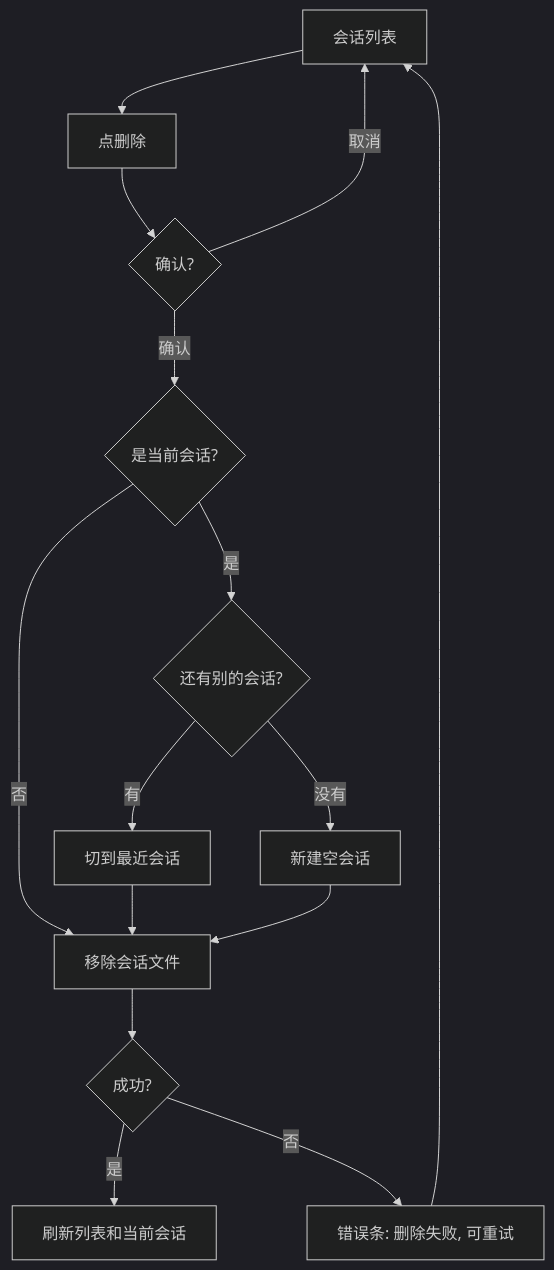
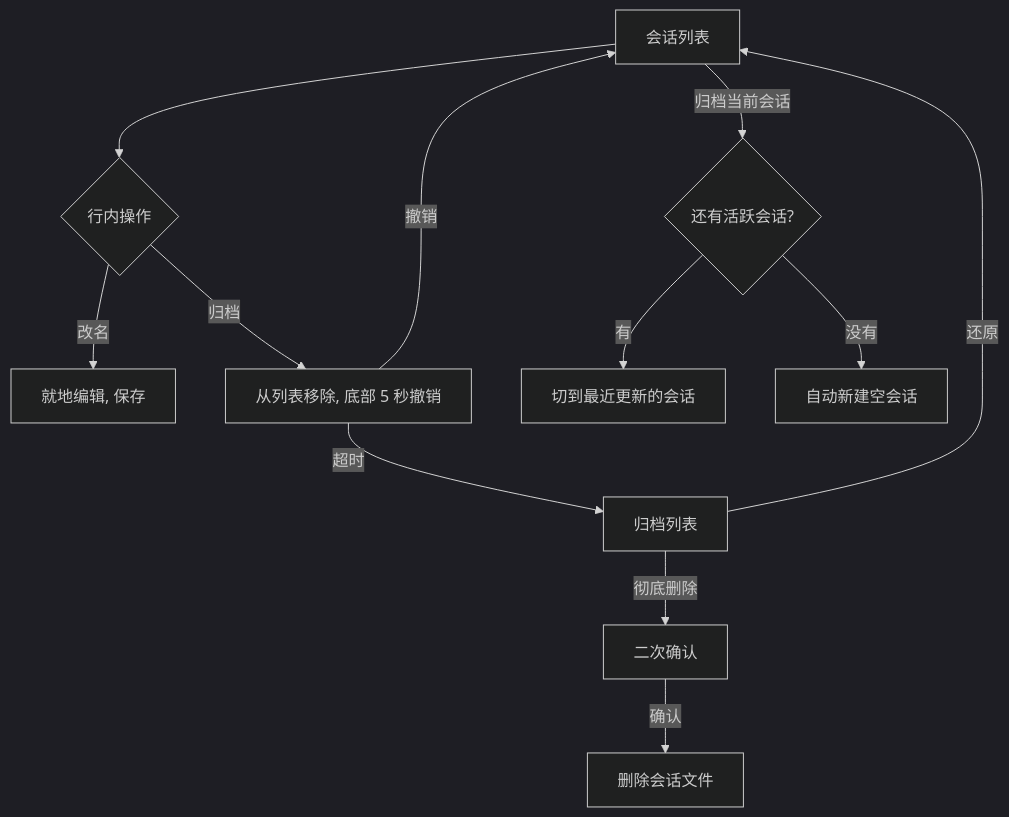
Before and after one commit to fa3eng/jelly: the diagram in docs/changes/JELLY-5-session-delete-and-ui/intent.md, drawn with Mermaid (dark theme). The commit also changed other lines of this file, not shown here.

````diff
--- a/docs/changes/JELLY-5-session-delete-and-ui/intent.md
+++ b/docs/changes/JELLY-5-session-delete-and-ui/intent.md
@@ -72,15 +109,14 @@
 ```mermaid
 flowchart TD
-  A[会话列表] --> B[点删除]
-  B --> C{确认?}
-  C -->|取消| A
-  C -->|确认| D{是当前会话?}
-  D -->|否| E[移除会话文件]
-  D -->|是| F{还有别的会话?}
-  F -->|有| G[切到最近会话] --> E
-  F -->|没有| H[新建空会话] --> E
-  E --> I{成功?}
-  I -->|是| J[刷新列表和当前会话]
-  I -->|否| K[错误条: 删除失败, 可重试]
-  K --> A
+  A[会话列表] --> B{行内操作}
+  B -->|改名| C[就地编辑, 保存]
+  B -->|归档| D[从列表移除, 底部 5 秒撤销]
+  D -->|撤销| A
+  D -->|超时| E[归档列表]
+  E -->|还原| A
+  E -->|彻底删除| F[二次确认]
+  F -->|确认| G[删除会话文件]
+  A -->|归档当前会话| H{还有活跃会话?}
+  H -->|有| I[切到最近更新的会话]
+  H -->|没有| J[自动新建空会话]
 ```
````
